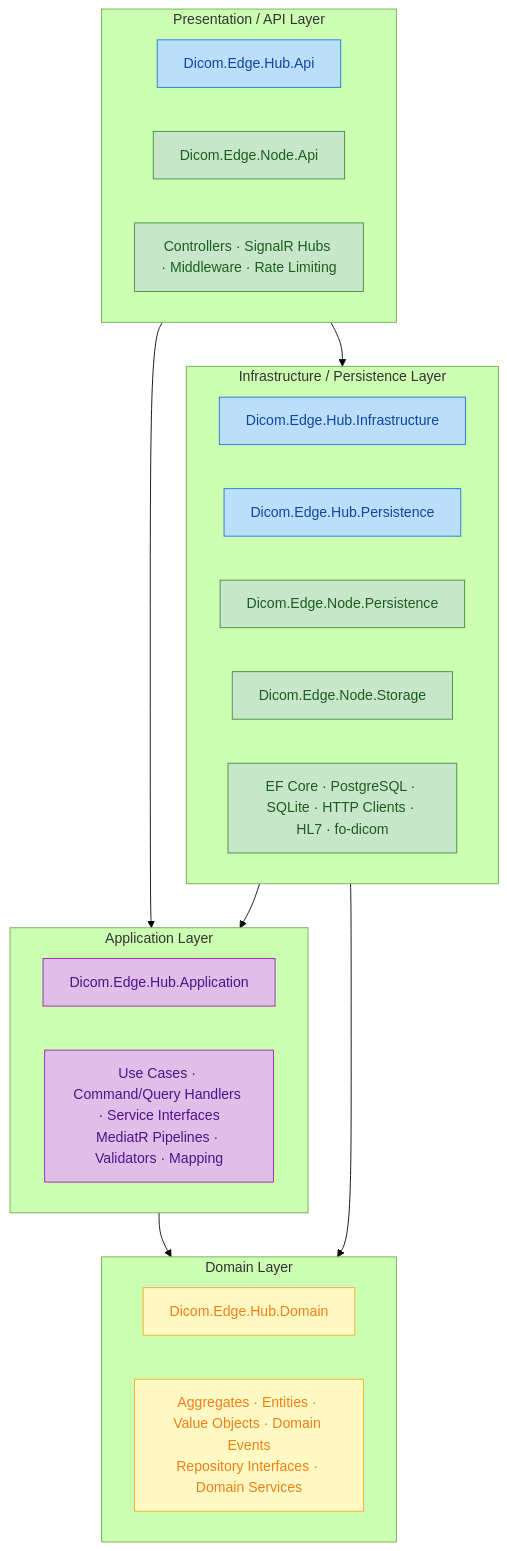
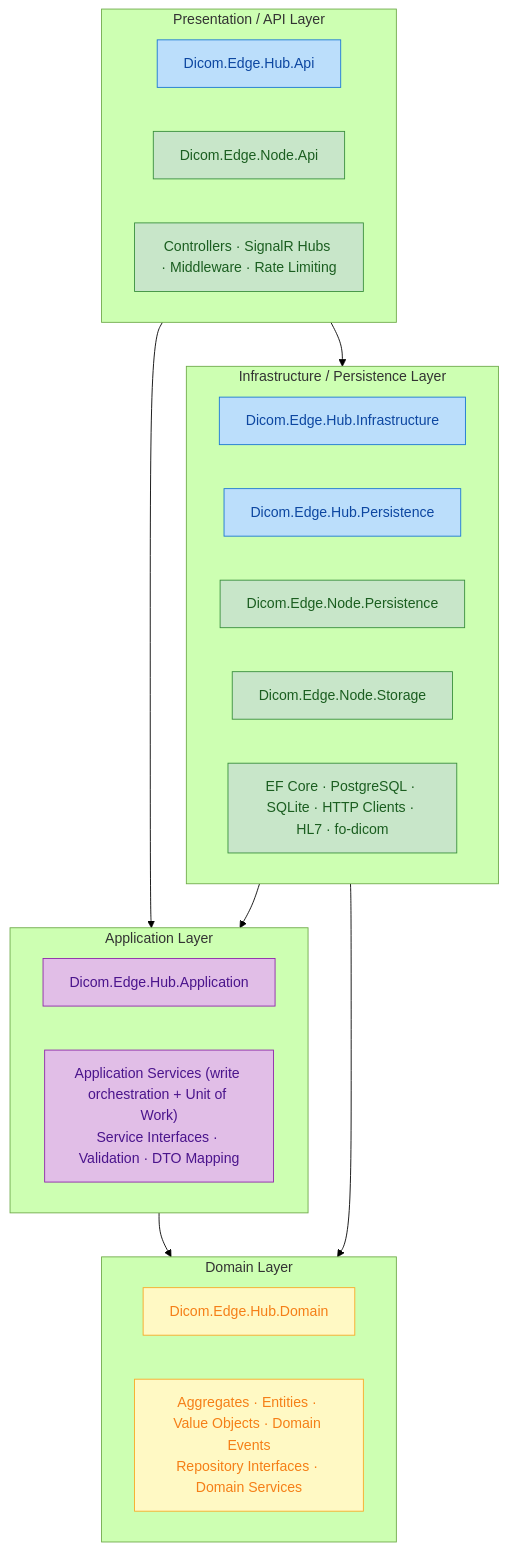
Before and after one commit to UrielAvilaC/EdgeGuard.Platform: the first of 2 diagrams in EdgeGuard.Platform/docs/03-architecture/clean-architecture.md, drawn with Mermaid (forest theme). The commit also changed other lines of this file and 63 other files, not shown here.

````diff
--- a/EdgeGuard.Platform/docs/03-architecture/clean-architecture.md
+++ b/EdgeGuard.Platform/docs/03-architecture/clean-architecture.md
@@ -9,41 +9,41 @@
 ```mermaid
 flowchart TB
     subgraph Presentation["Presentation / API Layer"]
         P1["Dicom.Edge.Hub.Api"]
         P2["Dicom.Edge.Node.Api"]
         PN["Controllers · SignalR Hubs · Middleware · Rate Limiting"]
     end
 
     subgraph Infra["Infrastructure / Persistence Layer"]
         I1["Dicom.Edge.Hub.Infrastructure"]
         I2["Dicom.Edge.Hub.Persistence"]
         I3["Dicom.Edge.Node.Persistence"]
         I4["Dicom.Edge.Node.Storage"]
         IN["EF Core · PostgreSQL · SQLite · HTTP Clients · HL7 · fo-dicom"]
     end
 
     subgraph Application["Application Layer"]
         A1["Dicom.Edge.Hub.Application"]
-        AN["Use Cases · Command/Query Handlers · Service Interfaces<br/>MediatR Pipelines · Validators · Mapping"]
+        AN["Application Services (write orchestration + Unit of Work)<br/>Service Interfaces · Validation · DTO Mapping"]
     end
 
     subgraph Domain["Domain Layer"]
         D1["Dicom.Edge.Hub.Domain"]
         DN["Aggregates · Entities · Value Objects · Domain Events<br/>Repository Interfaces · Domain Services"]
     end
 
     Presentation --> Application
     Presentation --> Infra
     Infra --> Application
     Infra --> Domain
     Application --> Domain
 
     classDef hub fill:#bbdefb,stroke:#1976d2,color:#0d47a1
     classDef node fill:#c8e6c9,stroke:#388e3c,color:#1b5e20
     classDef domain fill:#fff9c4,stroke:#f9a825,color:#f57f17
     classDef app fill:#e1bee7,stroke:#8e24aa,color:#4a148c
     class P1,I1,I2 hub
     class P2,I3,I4 node
     class D1,DN domain
     class A1,AN app
 ```
````
